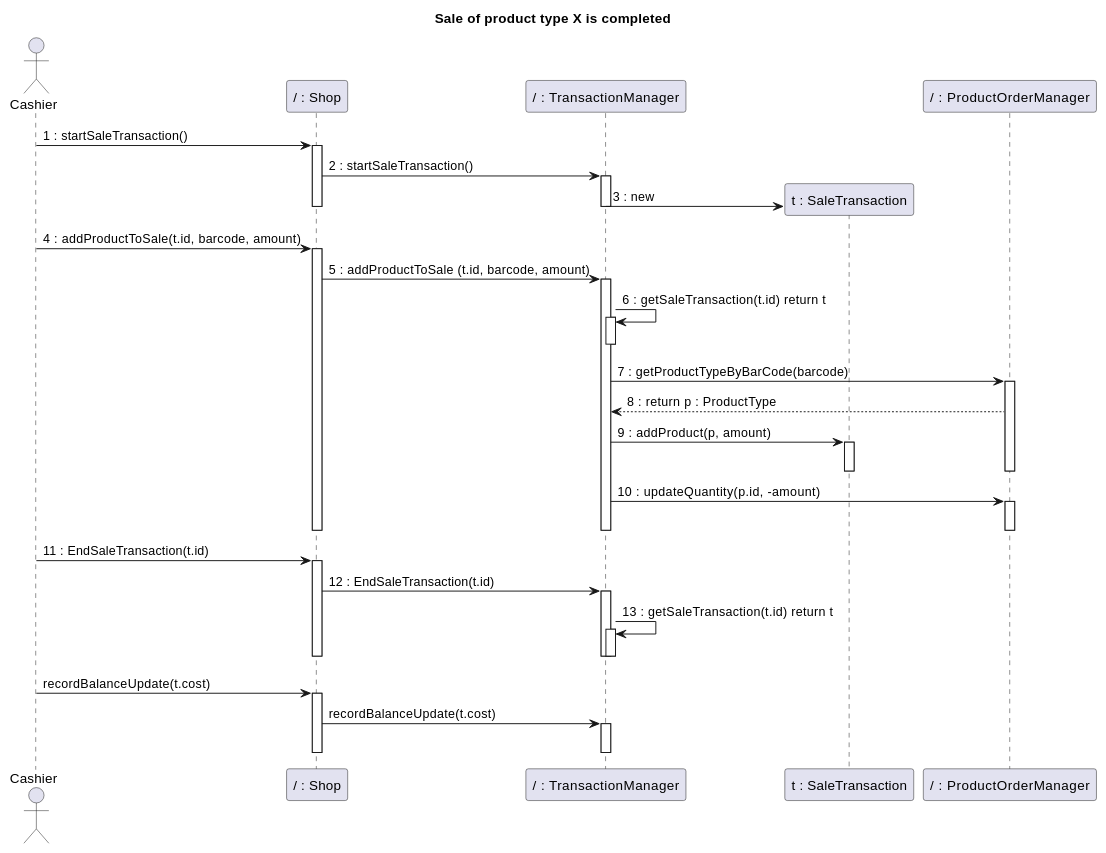
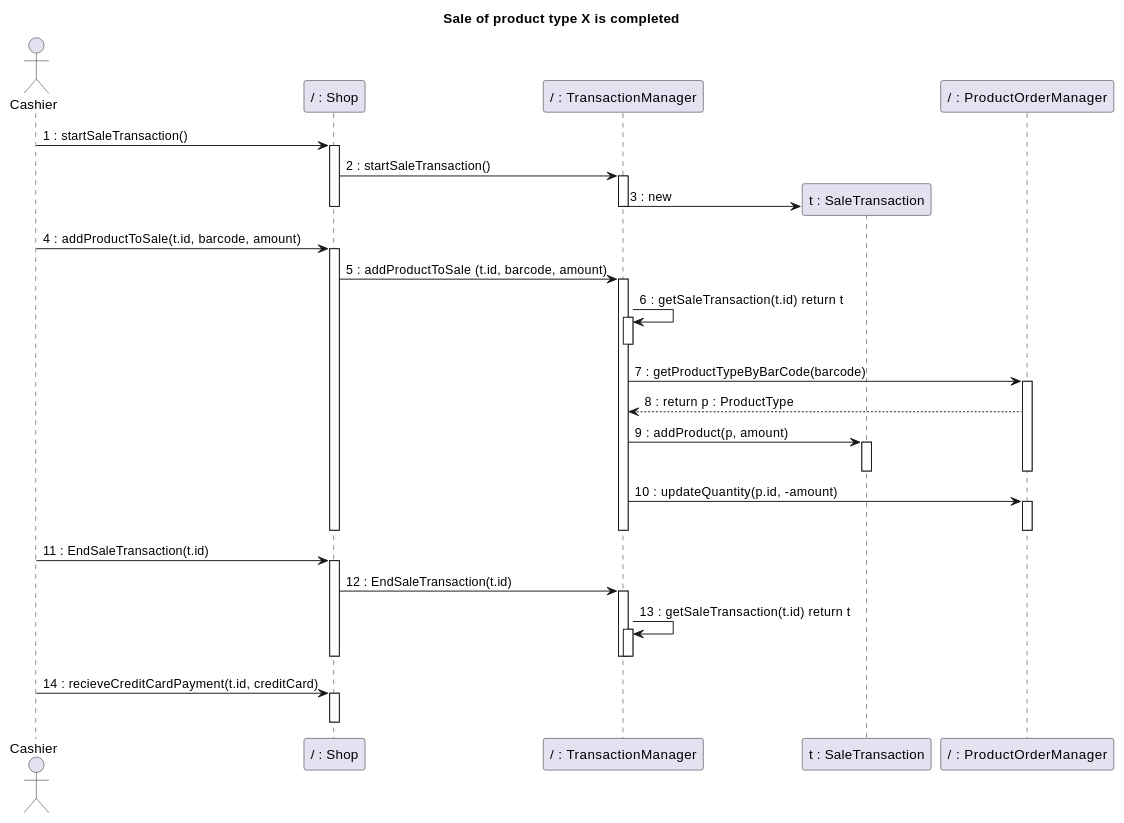
One commit to nicolabattaglino/ezshop changed diagram 18 of 32 in Deliverables/DesignDocument.md. Above: the diagram before and after it, drawn with PlantUML. The commit also changed other lines of this file, not shown here.

````diff
--- a/Deliverables/DesignDocument.md
+++ b/Deliverables/DesignDocument.md
@@ -810,64 +810,60 @@
 ```plantuml
 @startuml
 
 title
 Sale of product type X is completed
 end title
 
 actor Cashier
 
 participant "/ : Shop" as Shop
 participant "/ : TransactionManager" as TransactionManager
 participant "t : SaleTransaction"  as SaleTransaction
 participant "/ : ProductOrderManager" as ProductOrderManager
 
 Cashier -> Shop: 1 : startSaleTransaction()
 activate Shop
 Shop -> TransactionManager : 2 : startSaleTransaction()
 activate TransactionManager
 create SaleTransaction
 TransactionManager -> SaleTransaction: 3 : new
 deactivate TransactionManager
 deactivate Shop
 Cashier -> Shop : 4 : addProductToSale(t.id, barcode, amount)
 activate Shop
 Shop -> TransactionManager: 5 : addProductToSale (t.id, barcode, amount)
  
 
 activate TransactionManager
 TransactionManager -> TransactionManager: 6 : getSaleTransaction(t.id) return t
 activate TransactionManager
 deactivate TransactionManager
 TransactionManager -> ProductOrderManager: 7 : getProductTypeByBarCode(barcode)
 activate ProductOrderManager
 
 
 TransactionManager <-- ProductOrderManager : 8 : return p : ProductType
 
 TransactionManager -> SaleTransaction : 9 : addProduct(p, amount)
 activate SaleTransaction
 deactivate SaleTransaction
 deactivate ProductOrderManager
 TransactionManager -> ProductOrderManager: 10 : updateQuantity(p.id, -amount)
 activate ProductOrderManager
 deactivate ProductOrderManager
 deactivate TransactionManager
 deactivate Shop
 Cashier -> Shop : 11 : EndSaleTransaction(t.id)
 activate Shop
 Shop -> TransactionManager : 12 : EndSaleTransaction(t.id)
 activate TransactionManager
 TransactionManager -> TransactionManager : 13 : getSaleTransaction(t.id) return t
 activate TransactionManager
 deactivate TransactionManager
 deactivate TransactionManager
 deactivate Shop
-
-Cashier -> Shop : recordBalanceUpdate(t.cost)
+Cashier -> Shop : 14 : recieveCreditCardPayment(t.id, creditCard)
 activate Shop
-Shop -> TransactionManager : recordBalanceUpdate(t.cost)
-activate TransactionManager
-deactivate TransactionManager
 deactivate Shop
 @enduml
 ```
````
